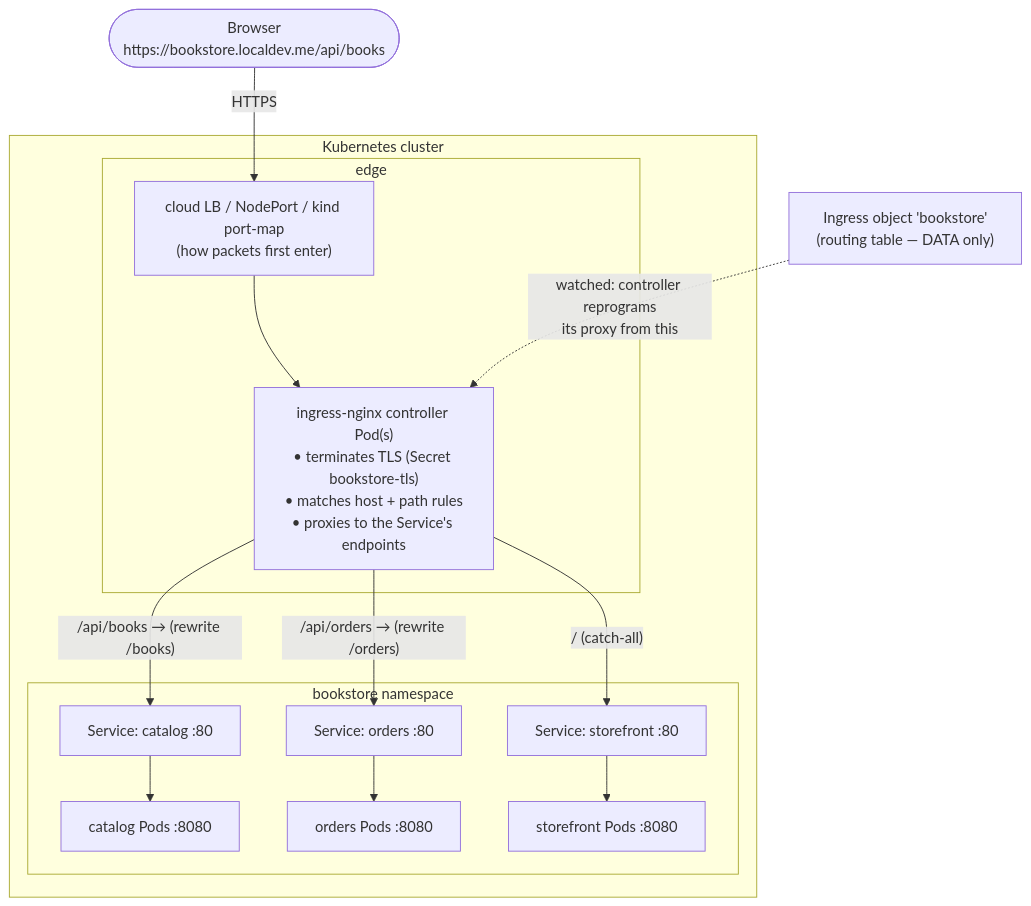
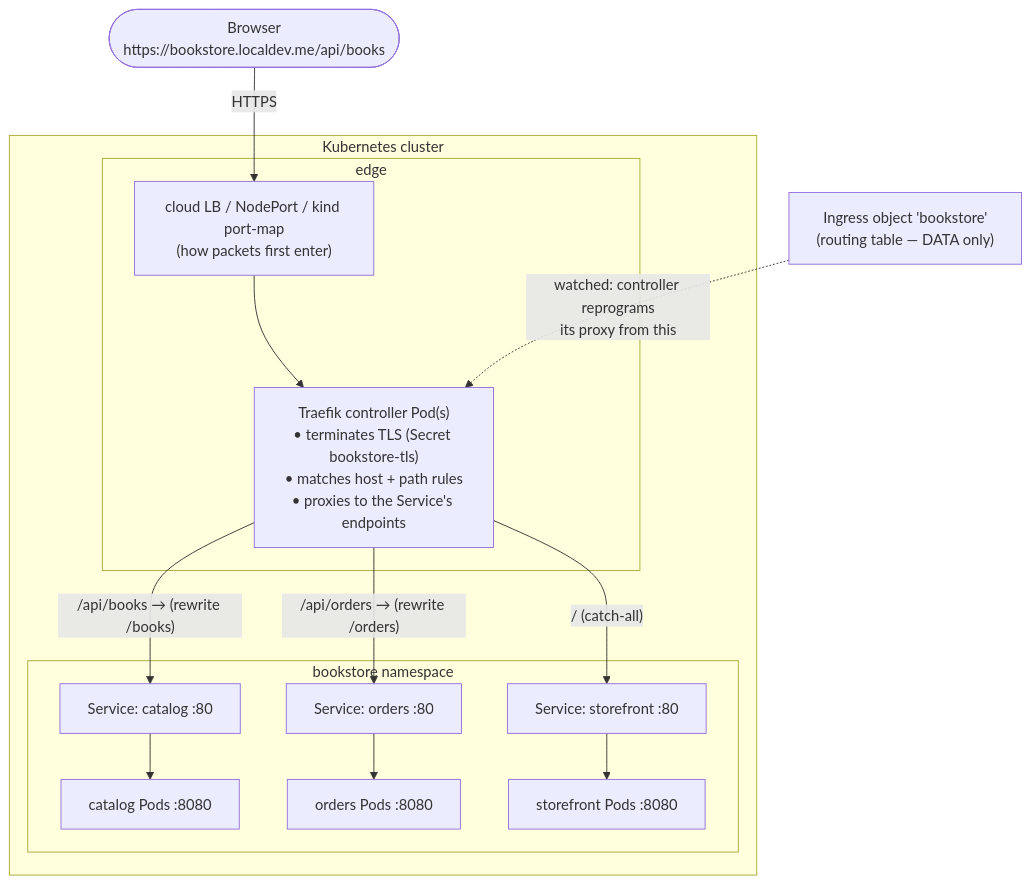
One commit to abd-ulbasit/bookstore-kubernetes-guide changed the diagram in full-guide/02-networking/04-ingress.md. Above: the diagram before and after it, drawn with Mermaid. The commit also changed other lines of this file and 1 other file, not shown here.

First line of the commit message:
chapter 02.04: Traefik replaces ingress-nginx; TLS and watch-list controls

````diff
--- a/full-guide/02-networking/04-ingress.md
+++ b/full-guide/02-networking/04-ingress.md
@@ -55,25 +70,25 @@
 ```mermaid
 flowchart TB
     usr(["Browser<br/>https://bookstore.localdev.me/api/books"])
     subgraph cluster["Kubernetes cluster"]
         subgraph edge["edge"]
             lb["cloud LB / NodePort / kind port-map<br/>(how packets first enter)"]
-            ic["ingress-nginx controller Pod(s)<br/>• terminates TLS (Secret bookstore-tls)<br/>• matches host + path rules<br/>• proxies to the Service's endpoints"]
+            ic["Traefik controller Pod(s)<br/>• terminates TLS (Secret bookstore-tls)<br/>• matches host + path rules<br/>• proxies to the Service's endpoints"]
         end
         subgraph ns["bookstore namespace"]
             scat["Service: catalog :80"]
             sord["Service: orders :80"]
             ssf["Service: storefront :80"]
             pcat["catalog Pods :8080"]
             pord["orders Pods :8080"]
             psf["storefront Pods :8080"]
         end
     end
     ingobj["Ingress object 'bookstore'<br/>(routing table — DATA only)"]
 
     usr -->|HTTPS| lb --> ic
     ingobj -.->|"watched: controller reprograms<br/>its proxy from this"| ic
     ic -->|"/api/books → (rewrite /books)"| scat --> pcat
     ic -->|"/api/orders → (rewrite /orders)"| sord --> pord
     ic -->|"/  (catch-all) "| ssf --> psf
 ```
````
